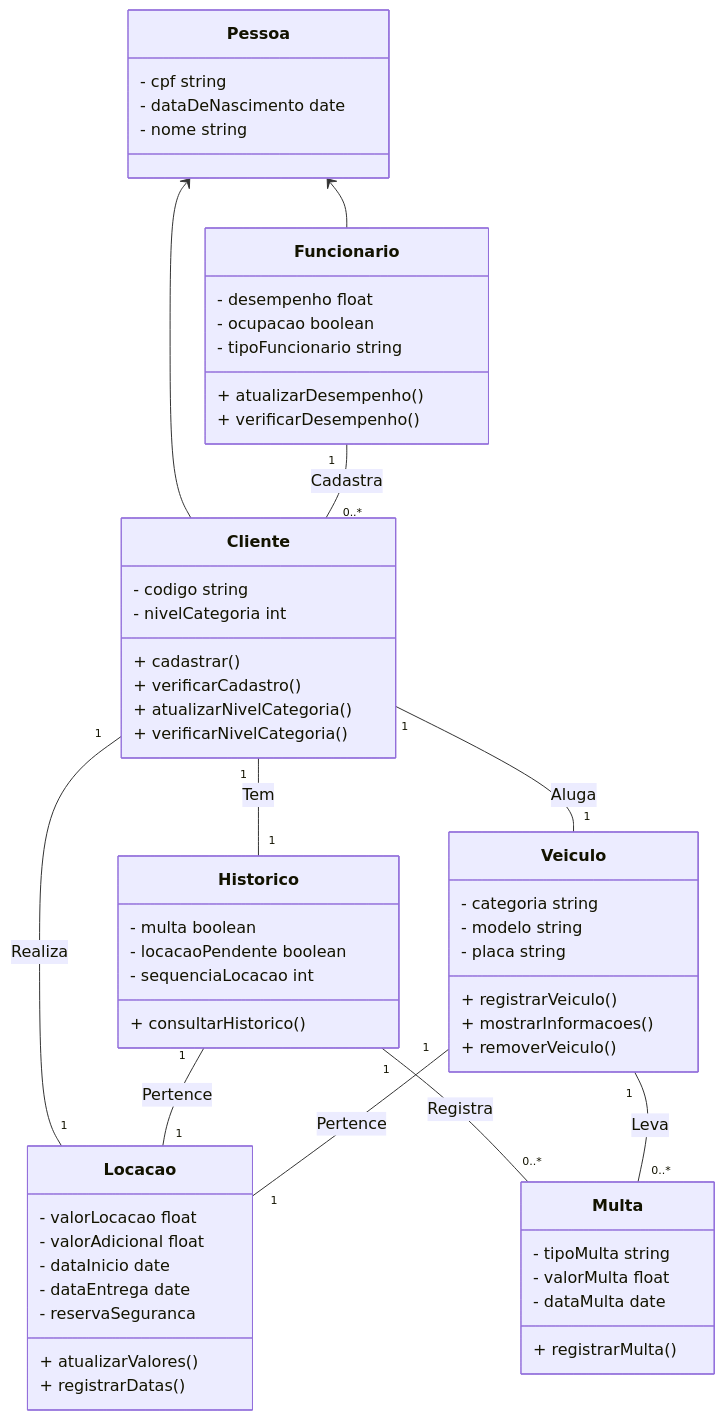
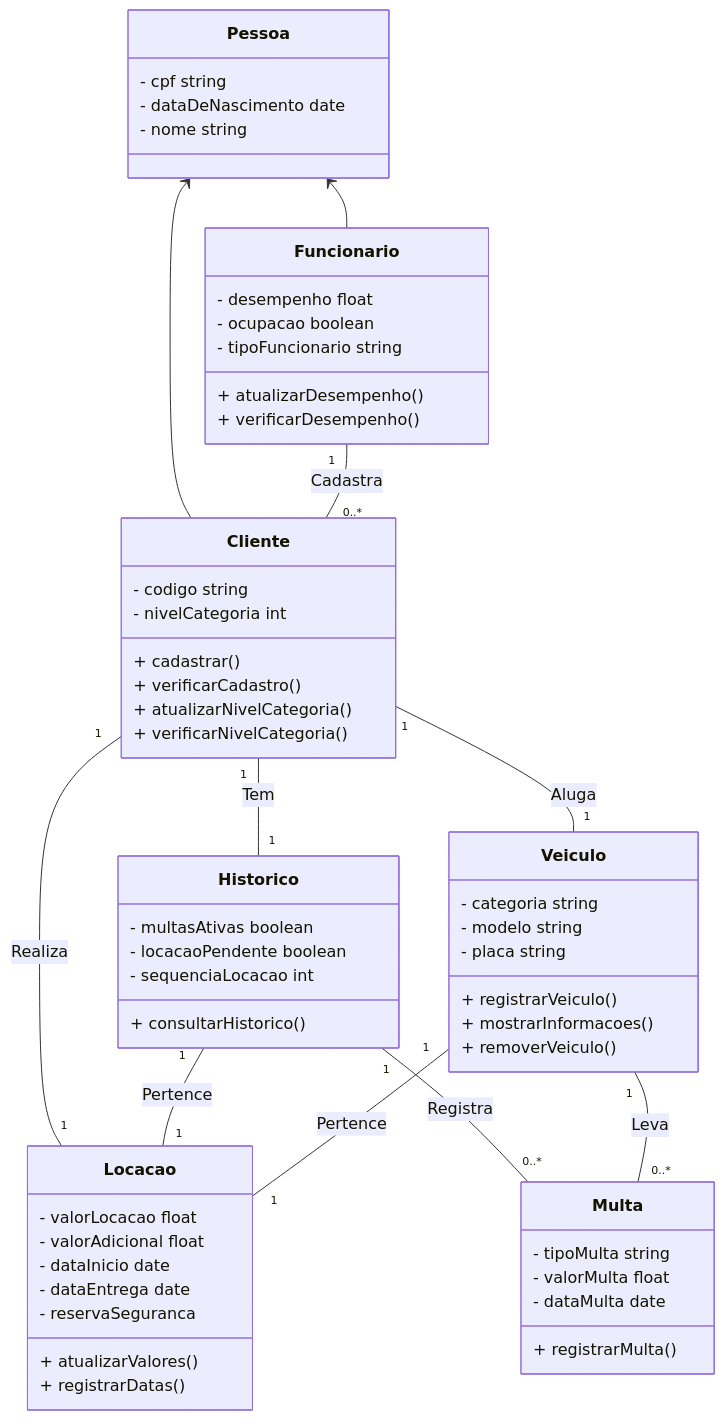
Before and after one commit to iagorosa28/mod_software: the second of 2 diagrams in README.md, drawn with Mermaid.

````diff
--- a/README.md
+++ b/README.md
@@ -153,69 +153,69 @@
 ```mermaid
 classDiagram
   Pessoa <-- Cliente
   Pessoa <-- Funcionario
   Funcionario "1" -- "0..*" Cliente : Cadastra
   Cliente "1" -- "1" Locacao : Realiza
   Cliente "1" -- "1" Veiculo : Aluga
   Cliente "1" -- "1" Historico : Tem
   Historico "1" -- "1" Locacao : Pertence
   Historico "1" -- "0..*" Multa : Registra
   Veiculo "1" -- "1" Locacao : Pertence
   Veiculo "1" -- "0..*" Multa : Leva
 
   class Pessoa{
   - cpf string
   - dataDeNascimento date
   - nome string
   }
 
   class Cliente{
   - codigo string
   - nivelCategoria int
   + cadastrar()
   + verificarCadastro()
   + atualizarNivelCategoria()
   + verificarNivelCategoria()
   }
 
   class Funcionario{
   - desempenho float
   - ocupacao boolean
   - tipoFuncionario string
   + atualizarDesempenho()
   + verificarDesempenho()
   }
 
   class Historico{
-  - multa boolean
+  - multasAtivas boolean
   - locacaoPendente boolean
   - sequenciaLocacao int
   + consultarHistorico()
   }
 
   class Locacao{
   - valorLocacao float
   - valorAdicional float
   - dataInicio date
   - dataEntrega date
   - reservaSeguranca
   + atualizarValores()
   + registrarDatas()
   }
 
   class Veiculo{
   - categoria string
   - modelo string
   - placa string
   + registrarVeiculo()
   + mostrarInformacoes()
   + removerVeiculo()
   }
 
   class Multa{
   - tipoMulta string
   - valorMulta float
   - dataMulta date
   + registrarMulta()
   }
 ```
````
